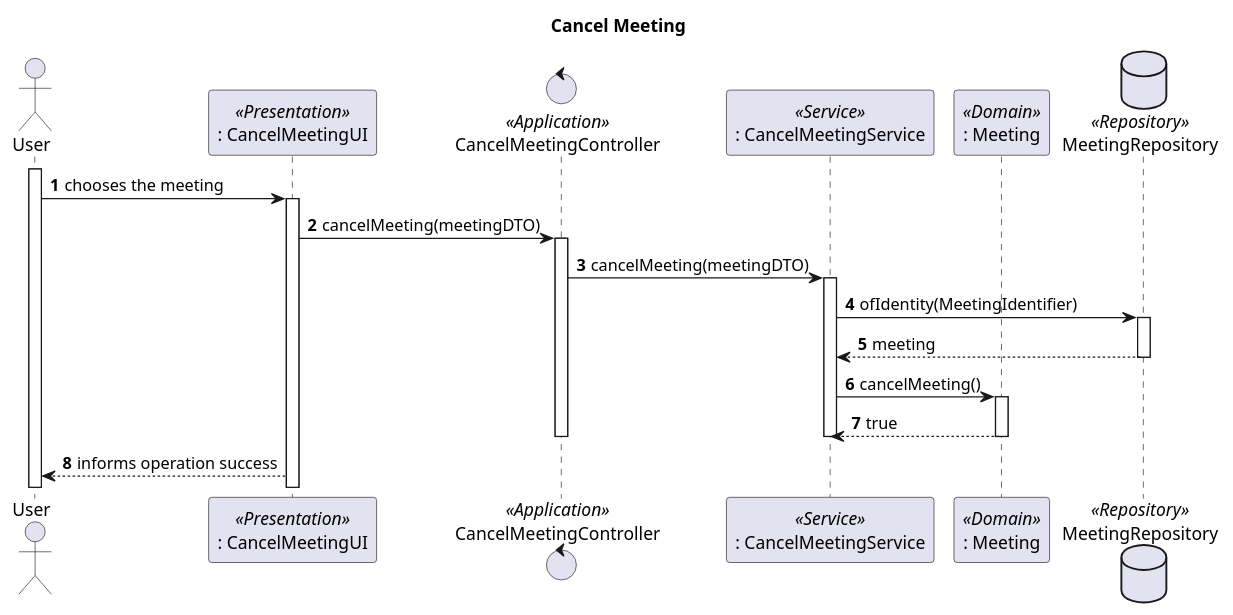
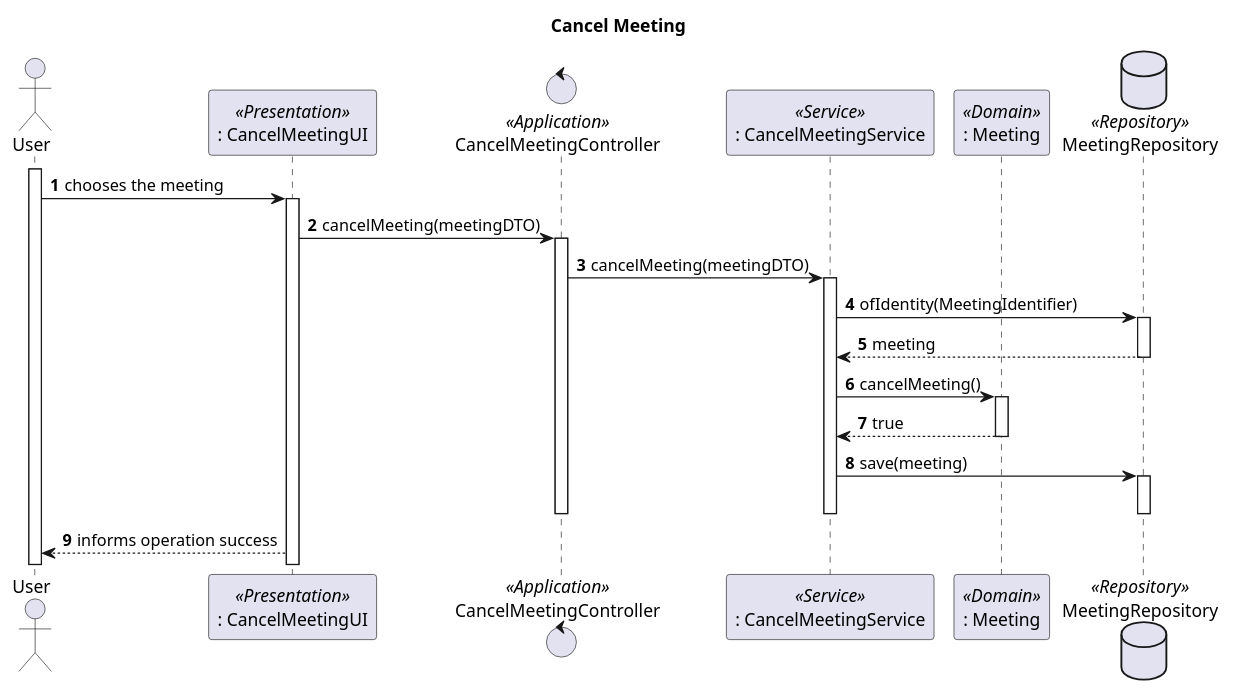
The diagram in docs/Sprint_C/us_4002/us_4002_SD.puml (Marco-Nobrega-Andrade/sem4pi_22_23), drawn with PlantUML before and after one commit. The commit also changed 2 other files, not shown here.

Commit message:
[US_4002][Design] - Added save method in SD and corrected grammar error in rationale

```diff
--- a/docs/Sprint_C/us_4002/us_4002_SD.puml
+++ b/docs/Sprint_C/us_4002/us_4002_SD.puml
@@ -1,36 +1,39 @@
 @startuml
 autonumber
 title Cancel Meeting
 
 actor "User" as User
 
 participant ": CancelMeetingUI" as UI <<Presentation>>
 control "CancelMeetingController" as CTRL <<Application>>
 participant ": CancelMeetingService" as CMS <<Service>>
 participant ": Meeting" as M <<Domain>>
 
 database MeetingRepository as MR <<Repository>>
 
 activate User
 User -> UI : chooses the meeting
 activate UI
 
 UI -> CTRL : cancelMeeting(meetingDTO)
 activate CTRL
 
 CTRL -> CMS : cancelMeeting(meetingDTO)
 activate CMS
 
 CMS -> MR : ofIdentity(MeetingIdentifier)
 activate MR
 MR --> CMS : meeting
 deactivate MR
 CMS -> M : cancelMeeting()
 activate M
 return true
+CMS -> MR : save(meeting)
+activate MR
+deactivate MR
 deactivate CMS
 deactivate CTRL
 
 UI--> User : informs operation success
 
 @enduml
```
